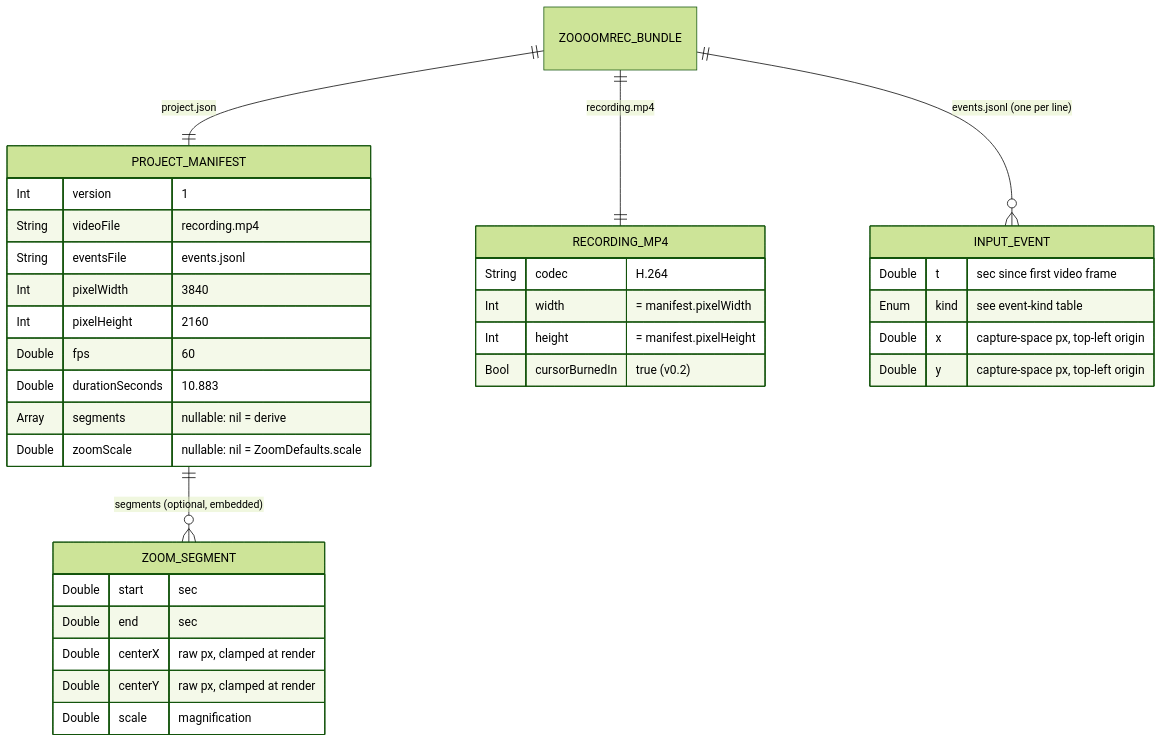
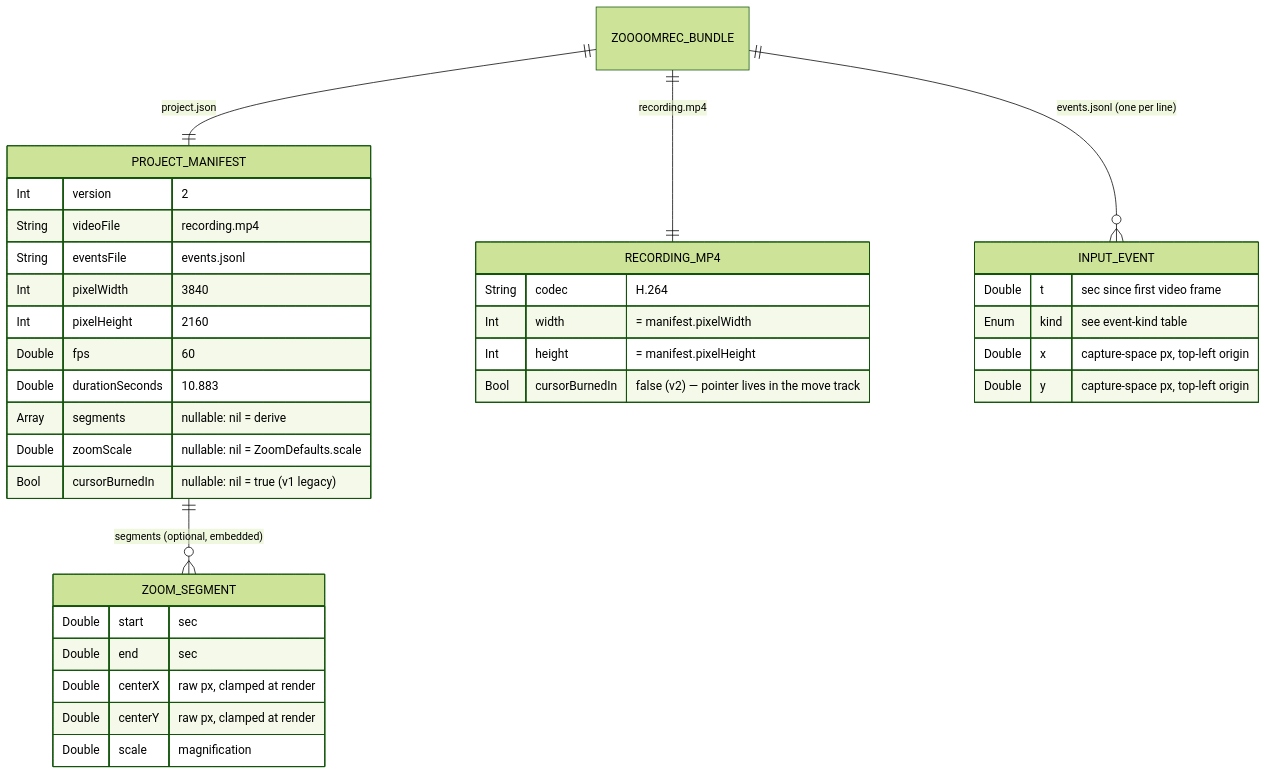
Before and after one commit to theangeloumali/zoooomrec: the first of 3 diagrams in docs/plans/zoooomrec-data-model-erd-and-as-built-architecture-2026-07-07.md, drawn with Mermaid (forest theme). The commit also changed other lines of this file and 14 other files, not shown here.

````diff
--- a/docs/plans/zoooomrec-data-model-erd-and-as-built-architecture-2026-07-07.md
+++ b/docs/plans/zoooomrec-data-model-erd-and-as-built-architecture-2026-07-07.md
@@ -21,38 +21,39 @@
 ```mermaid
 erDiagram
     ZOOOOMREC_BUNDLE ||--|| PROJECT_MANIFEST : "project.json"
     ZOOOOMREC_BUNDLE ||--|| RECORDING_MP4 : "recording.mp4"
     ZOOOOMREC_BUNDLE ||--o{ INPUT_EVENT : "events.jsonl (one per line)"
     PROJECT_MANIFEST ||--o{ ZOOM_SEGMENT : "segments (optional, embedded)"
 
     PROJECT_MANIFEST {
-        Int version "1"
+        Int version "2"
         String videoFile "recording.mp4"
         String eventsFile "events.jsonl"
         Int pixelWidth "3840"
         Int pixelHeight "2160"
         Double fps "60"
         Double durationSeconds "10.883"
         Array segments "nullable: nil = derive"
         Double zoomScale "nullable: nil = ZoomDefaults.scale"
+        Bool cursorBurnedIn "nullable: nil = true (v1 legacy)"
     }
     INPUT_EVENT {
         Double t "sec since first video frame"
         Enum kind "see event-kind table"
         Double x "capture-space px, top-left origin"
         Double y "capture-space px, top-left origin"
     }
     ZOOM_SEGMENT {
         Double start "sec"
         Double end "sec"
         Double centerX "raw px, clamped at render"
         Double centerY "raw px, clamped at render"
         Double scale "magnification"
     }
     RECORDING_MP4 {
         String codec "H.264"
         Int width "= manifest.pixelWidth"
         Int height "= manifest.pixelHeight"
-        Bool cursorBurnedIn "true (v0.2)"
+        Bool cursorBurnedIn "false (v2) — pointer lives in the move track"
     }
 ```
````
